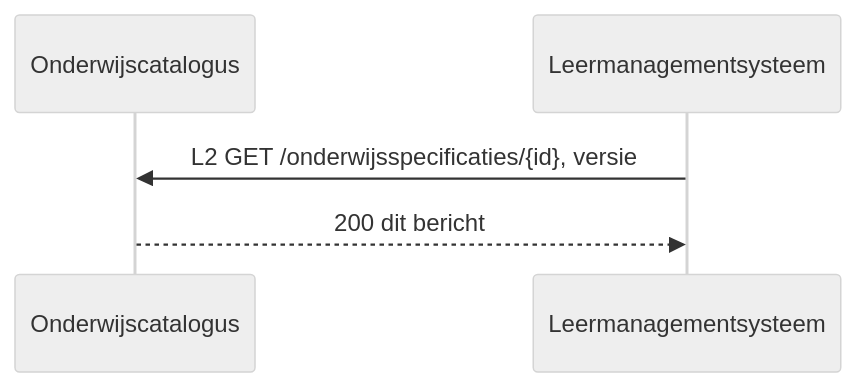
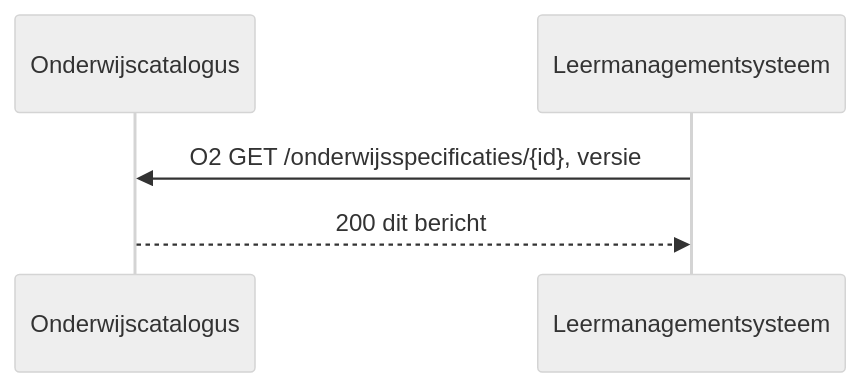
One commit to Npuls-OKx/meta changed the third of 8 diagrams in architecture/docs/specificatie/interactie-onderwijsaanbod/is-oa-07.md. Above: the diagram before and after it, drawn with Mermaid (neutral theme). The commit also changed other lines of this file and 33 other files, not shown here.

````diff
--- a/architecture/docs/specificatie/interactie-onderwijsaanbod/is-oa-07.md
+++ b/architecture/docs/specificatie/interactie-onderwijsaanbod/is-oa-07.md
@@ -140,7 +152,7 @@
 ```mermaid
 sequenceDiagram
     participant OC as Onderwijscatalogus
     participant LMS as Leermanagementsysteem
-    LMS->>OC: L2 GET /onderwijsspecificaties/{id}, versie
+    LMS->>OC: O2 GET /onderwijsspecificaties/{id}, versie
     OC-->>LMS: 200 dit bericht
 ```
````
